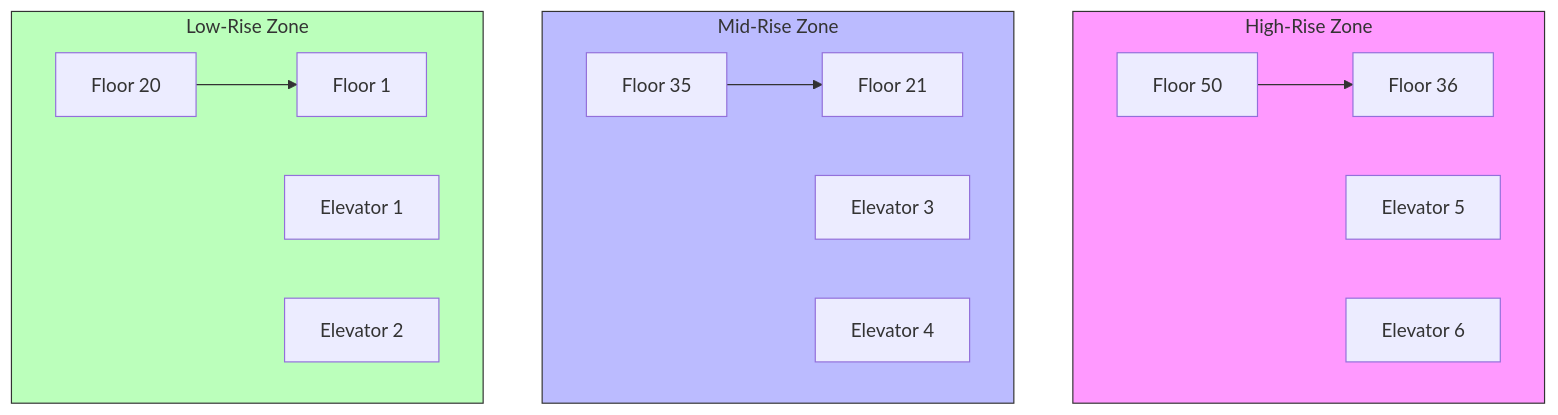
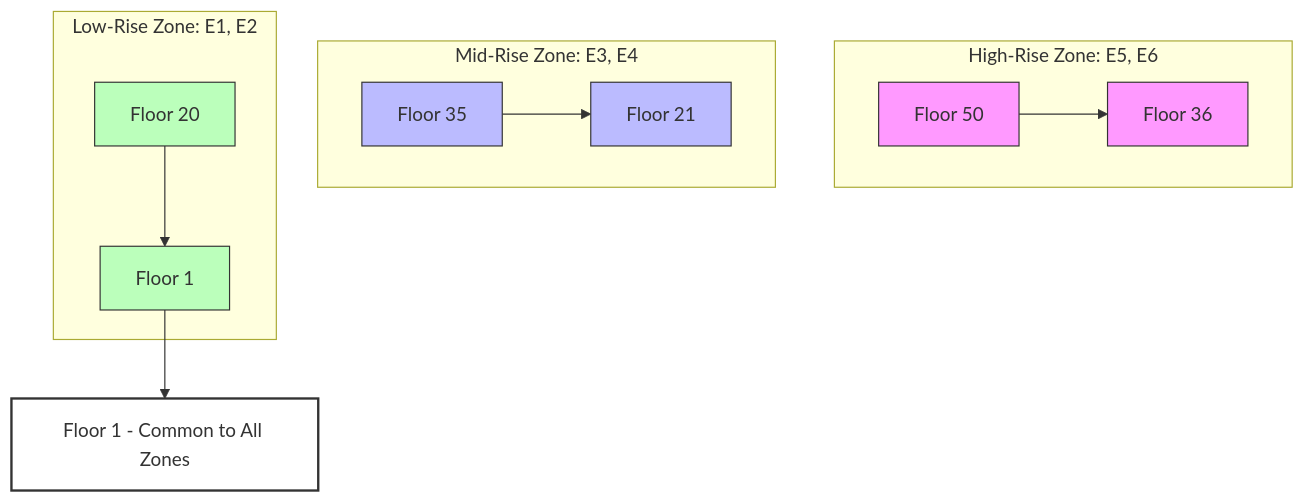
One commit to jfornear/the-elevator changed the fourth of 5 diagrams in docs/architecture.md. Above: the diagram before and after it, drawn with Mermaid. The commit also changed other lines of this file and 1 other file, not shown here.

````diff
--- a/docs/architecture.md
+++ b/docs/architecture.md
@@ -109,24 +139,23 @@
 ```mermaid
 graph TD
-    subgraph High-Rise[High-Rise Zone]
+    subgraph High-Rise[High-Rise Zone: E5, E6]
         F50[Floor 50] --> F36[Floor 36]
-        E5[Elevator 5]
-        E6[Elevator 6]
+        style F50 fill:#f9f,stroke:#333
+        style F36 fill:#f9f,stroke:#333
     end
     
-    subgraph Mid-Rise[Mid-Rise Zone]
+    subgraph Mid-Rise[Mid-Rise Zone: E3, E4]
         F35[Floor 35] --> F21[Floor 21]
-        E3[Elevator 3]
-        E4[Elevator 4]
+        style F35 fill:#bbf,stroke:#333
+        style F21 fill:#bbf,stroke:#333
     end
     
-    subgraph Low-Rise[Low-Rise Zone]
+    subgraph Low-Rise[Low-Rise Zone: E1, E2]
         F20[Floor 20] --> F1[Floor 1]
-        E1[Elevator 1]
-        E2[Elevator 2]
+        style F20 fill:#bfb,stroke:#333
+        style F1 fill:#bfb,stroke:#333
     end
-    
-    style High-Rise fill:#f9f,stroke:#333
-    style Mid-Rise fill:#bbf,stroke:#333
-    style Low-Rise fill:#bfb,stroke:#333
+
+    F1 --> Common[Floor 1 - Common to All Zones]
+    style Common fill:#fff,stroke:#333,stroke-width:2px
 ```
````
